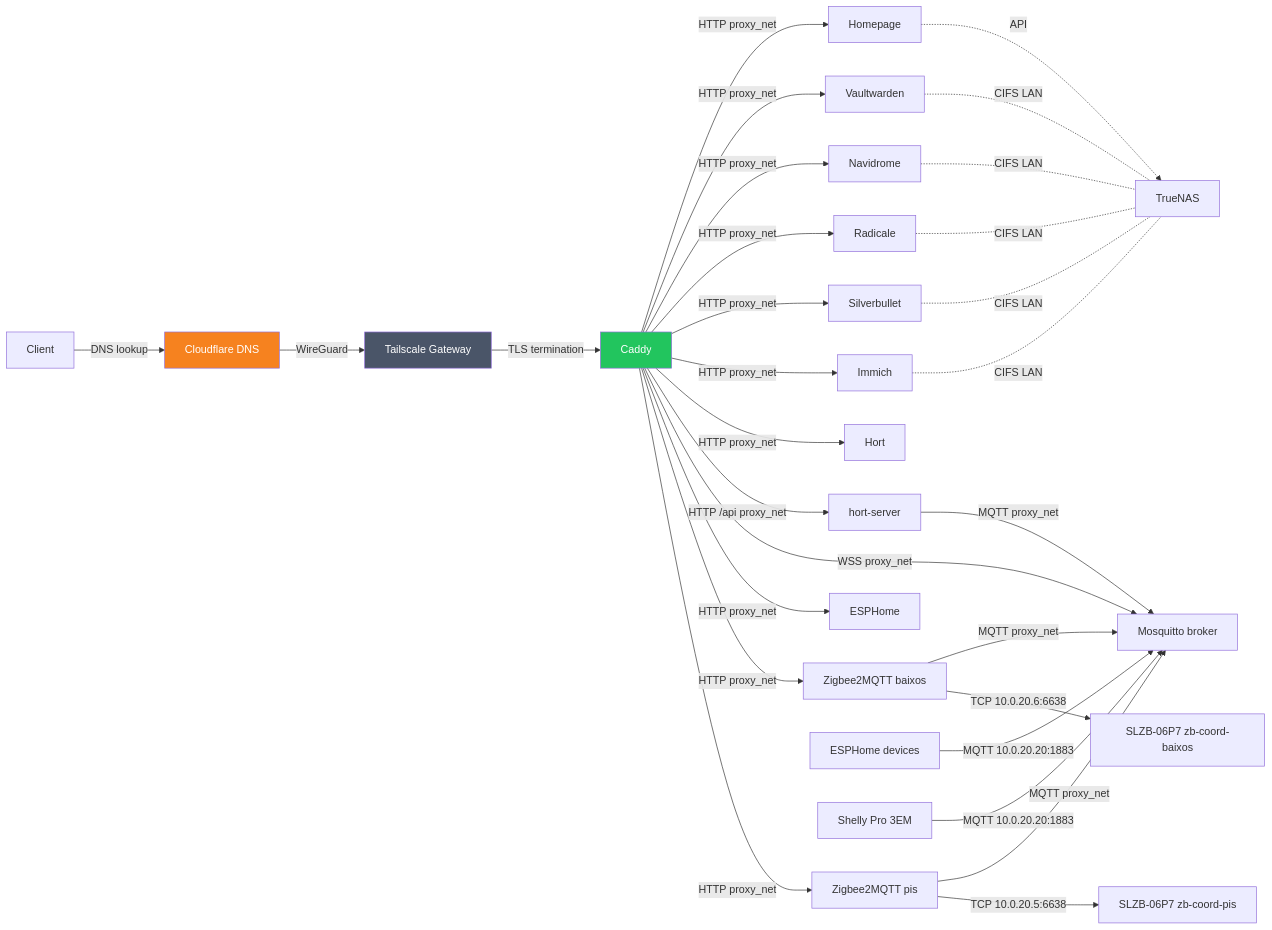
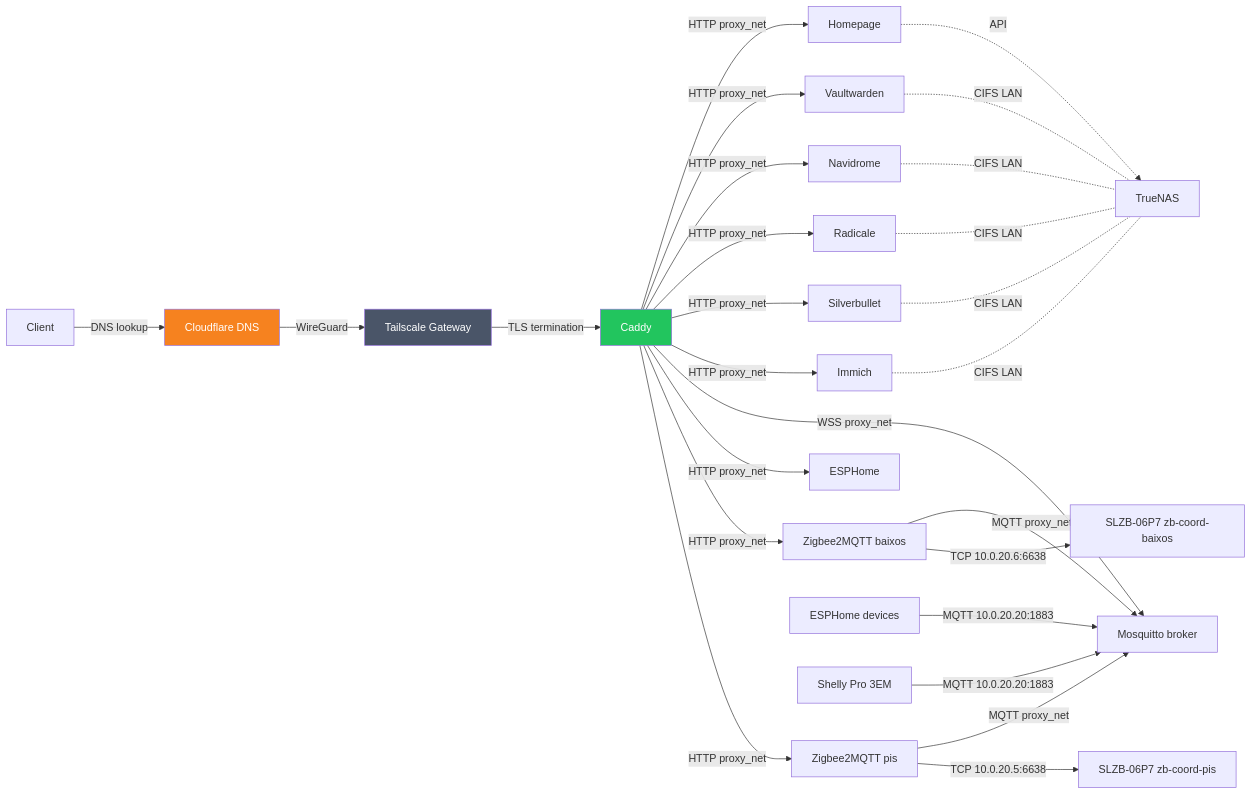
Before and after one commit to masolnada/homelab: the second of 2 diagrams in README.md, drawn with Mermaid. The commit also changed other lines of this file and 5 other files, not shown here.

````diff
--- a/README.md
+++ b/README.md
@@ -82,35 +79,32 @@
 ```mermaid
 graph LR
     Client -->|DNS lookup| CF[Cloudflare DNS]
     CF -->|WireGuard| TS[Tailscale Gateway]
     TS -->|TLS termination| Caddy
     Caddy -->|HTTP proxy_net| Homepage
     Caddy -->|HTTP proxy_net| Vaultwarden
     Caddy -->|HTTP proxy_net| Navidrome
     Caddy -->|HTTP proxy_net| Radicale
     Caddy -->|HTTP proxy_net| Silverbullet
     Caddy -->|HTTP proxy_net| Immich
-    Caddy -->|HTTP proxy_net| Hort
-    Caddy -->|HTTP /api proxy_net| HortServer[hort-server]
-    HortServer -->|MQTT proxy_net| Mosquitto[Mosquitto broker]
-    Caddy -->|WSS proxy_net| Mosquitto
+    Caddy -->|WSS proxy_net| Mosquitto[Mosquitto broker]
     Caddy -->|HTTP proxy_net| ESPHome
     Caddy -->|HTTP proxy_net| Z2M[Zigbee2MQTT baixos]
     Z2M -->|MQTT proxy_net| Mosquitto
     Z2M -->|TCP 10.0.20.6:6638| Coord[SLZB-06P7 zb-coord-baixos]
     Caddy -->|HTTP proxy_net| Z2MPis[Zigbee2MQTT pis]
     Z2MPis -->|MQTT proxy_net| Mosquitto
     Z2MPis -->|TCP 10.0.20.5:6638| CoordPis[SLZB-06P7 zb-coord-pis]
     Devices[ESPHome devices] -->|MQTT 10.0.20.20:1883| Mosquitto
     Shelly[Shelly Pro 3EM] -->|MQTT 10.0.20.20:1883| Mosquitto
     Homepage -.->|API| NAS[TrueNAS]
     Vaultwarden -.-|CIFS LAN| NAS
     Navidrome -.-|CIFS LAN| NAS
     Radicale -.-|CIFS LAN| NAS
     Silverbullet -.-|CIFS LAN| NAS
     Immich -.-|CIFS LAN| NAS
 
     style CF fill:#f6821f,color:#fff
     style TS fill:#4a5568,color:#fff
     style Caddy fill:#22c55e,color:#fff
 ```
````
